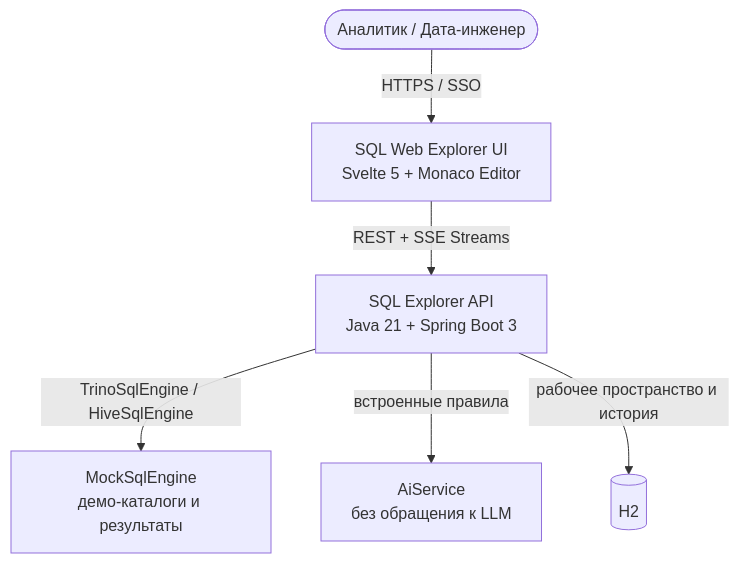
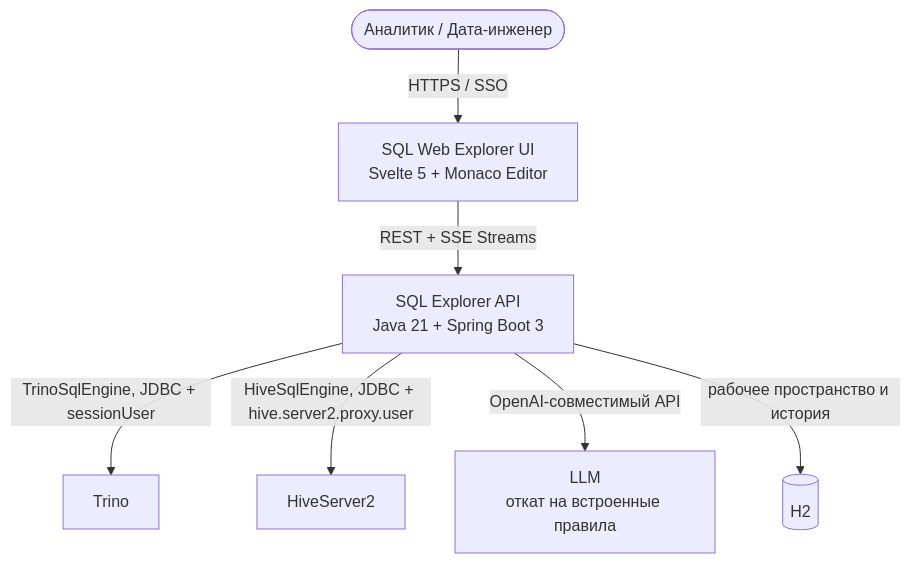
The first of 2 diagrams in docs/sql-user-guide.md (balookrd/hadoop-explorer), drawn with Mermaid before and after one commit. The commit also changed other lines of this file and 91 other files, not shown here.

````diff
--- a/docs/sql-user-guide.md
+++ b/docs/sql-user-guide.md
@@ -44,8 +44,9 @@
 ```mermaid
 graph TD
     User(["Аналитик / Дата-инженер"]) -->|"HTTPS / SSO"| UI["SQL Web Explorer UI\nSvelte 5 + Monaco Editor"]
     UI -->|"REST + SSE Streams"| Gateway["SQL Explorer API\nJava 21 + Spring Boot 3"]
-    Gateway -->|"TrinoSqlEngine / HiveSqlEngine"| Mock["MockSqlEngine\nдемо-каталоги и результаты"]
-    Gateway -->|"встроенные правила"| AI["AiService\nбез обращения к LLM"]
+    Gateway -->|"TrinoSqlEngine, JDBC + sessionUser"| Trino["Trino"]
+    Gateway -->|"HiveSqlEngine, JDBC + hive.server2.proxy.user"| Hive["HiveServer2"]
+    Gateway -->|"OpenAI-совместимый API"| AI["LLM\nоткат на встроенные правила"]
     Gateway -->|"рабочее пространство и история"| DB[("H2")]
 ```
````
